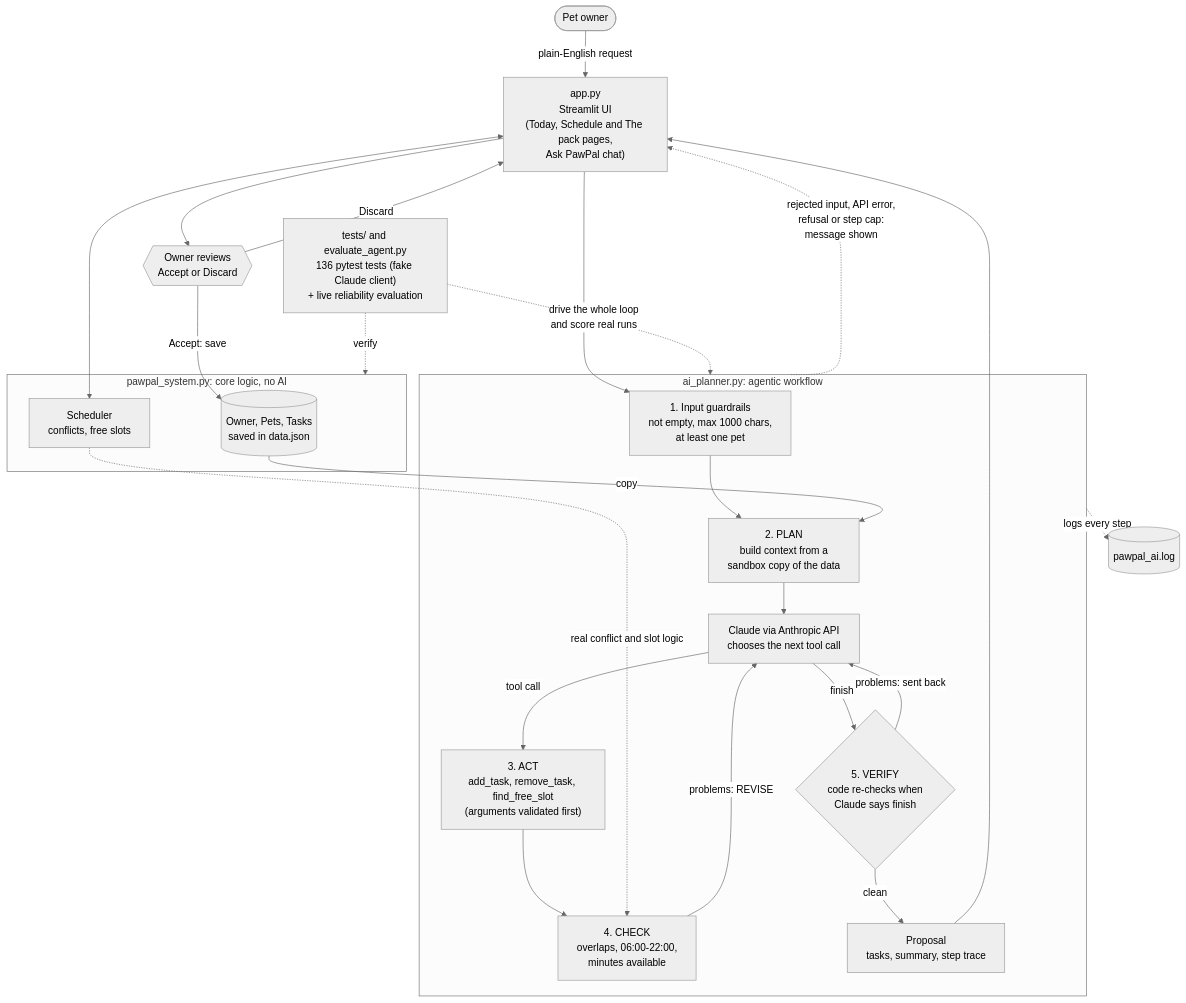
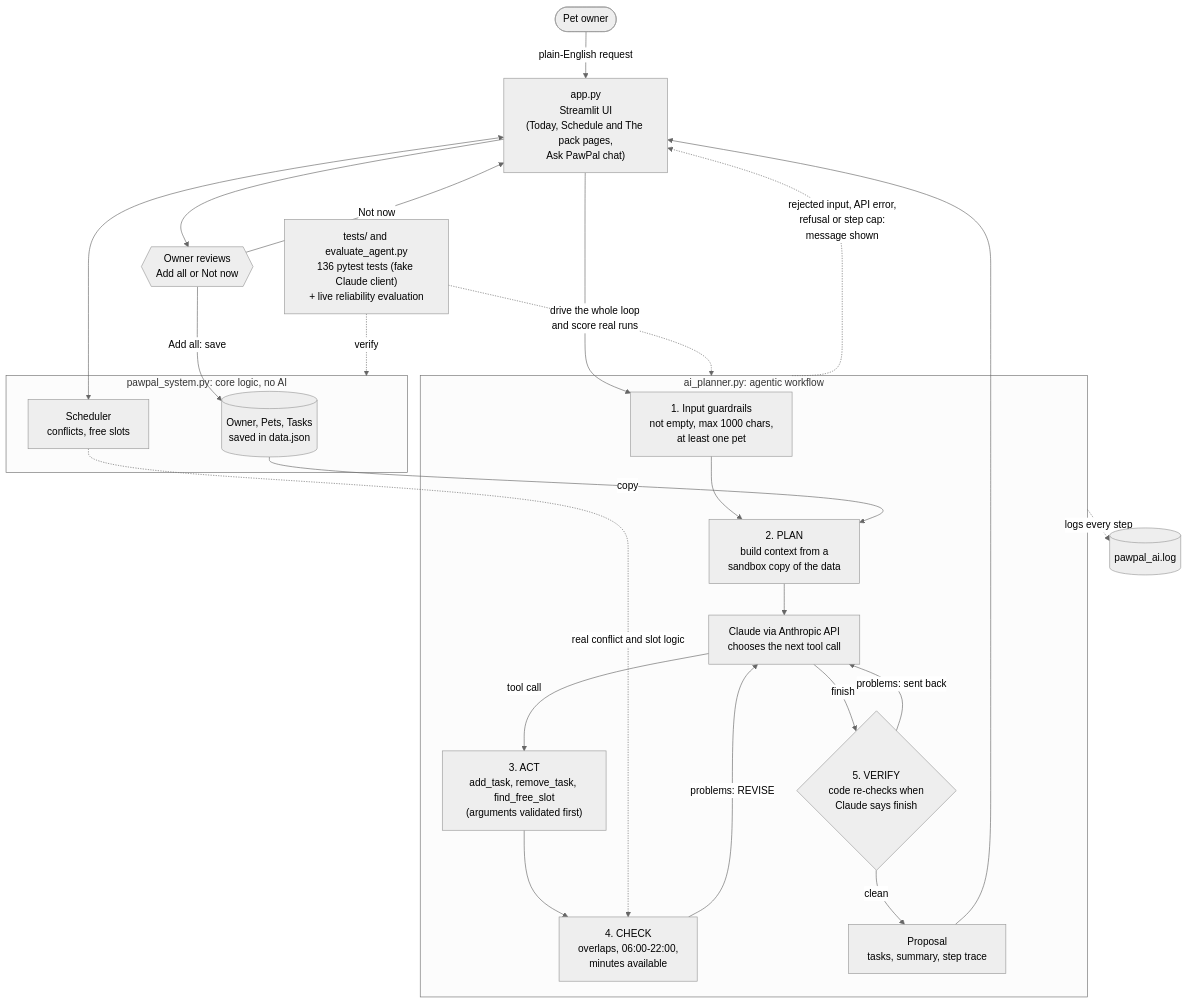
The diagram in diagrams/architecture.mmd (bior-m16/applied-ai-system-project), drawn with Mermaid (neutral theme) before and after one commit. The commit also changed 7 other files, not shown here.

```diff
--- a/diagrams/architecture.mmd
+++ b/diagrams/architecture.mmd
@@ -1,53 +1,53 @@
 flowchart TD
     %% PawPal+ architecture with the AI planning agent.
     %% Solid arrows = data flow. Dotted arrows = checking, logging and testing.
     %% The hexagon is the human decision point.
 
     User([Pet owner])
     App["app.py<br/>Streamlit UI<br/>(Today, Schedule and The pack pages,<br/>Ask PawPal chat)"]
 
     subgraph Core["pawpal_system.py: core logic, no AI"]
         Owner[("Owner, Pets, Tasks<br/>saved in data.json")]
         Scheduler["Scheduler<br/>conflicts, free slots"]
     end
 
     subgraph Agent["ai_planner.py: agentic workflow"]
         Input["1. Input guardrails<br/>not empty, max 1000 chars,<br/>at least one pet"]
         Context["2. PLAN<br/>build context from a<br/>sandbox copy of the data"]
         Claude["Claude via Anthropic API<br/>chooses the next tool call"]
         Tools["3. ACT<br/>add_task, remove_task, find_free_slot<br/>(arguments validated first)"]
         Check["4. CHECK<br/>overlaps, 06:00-22:00,<br/>minutes available"]
         Verify{"5. VERIFY<br/>code re-checks when<br/>Claude says finish"}
         Proposal["Proposal<br/>tasks, summary, step trace"]
     end
 
-    Human{{"Owner reviews<br/>Accept or Discard"}}
+    Human{{"Owner reviews<br/>Add all or Not now"}}
     Log[("pawpal_ai.log")]
     Tests["tests/ and evaluate_agent.py<br/>136 pytest tests (fake Claude client)<br/>+ live reliability evaluation"]
 
     %% Input -> process -> output
     User -->|"plain-English request"| App
     App --> Input
     Input --> Context
     Owner -->|"copy"| Context
     Context --> Claude
     Claude -->|"tool call"| Tools
     Tools --> Check
     Check -->|"problems: REVISE"| Claude
     Claude -->|"finish"| Verify
     Verify -->|"problems: sent back"| Claude
     Verify -->|"clean"| Proposal
     Proposal --> App
     App --> Human
-    Human -->|"Accept: save"| Owner
-    Human -->|"Discard"| App
+    Human -->|"Add all: save"| Owner
+    Human -->|"Not now"| App
 
     %% Normal app use and error paths
     App <--> Scheduler
     Scheduler -.->|"real conflict and slot logic"| Check
     Agent -.->|"rejected input, API error,<br/>refusal or step cap:<br/>message shown"| App
 
     %% Logging and testing
     Agent -.->|"logs every step"| Log
     Tests -.->|"verify"| Core
     Tests -.->|"drive the whole loop<br/>and score real runs"| Agent
```
